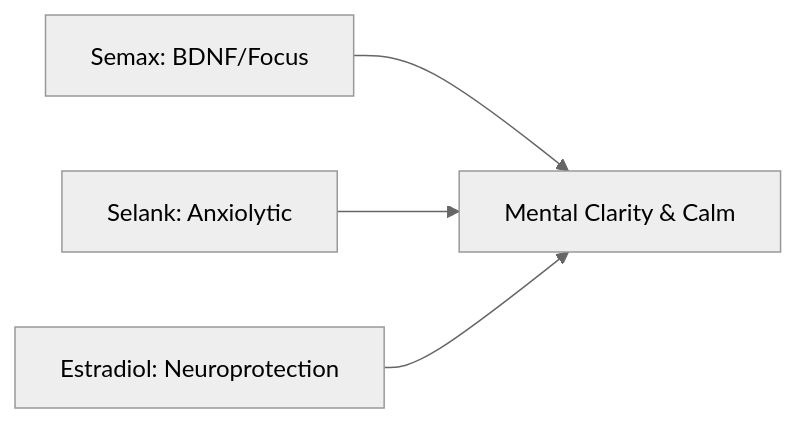
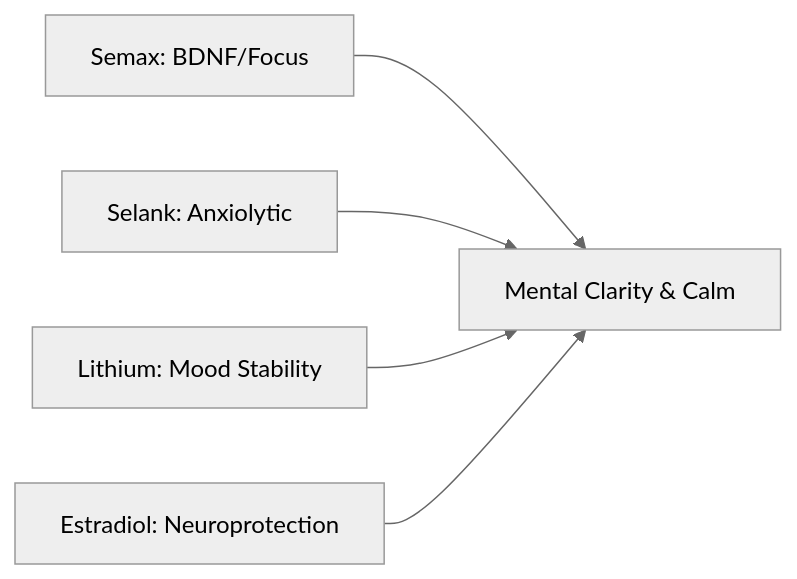
The third of 8 diagrams in protocols/athena-protocol.md (199-biotechnologies/199-peptides), drawn with Mermaid (neutral theme) before and after one commit. The commit also changed other lines of this file and 4 other files, not shown here.

````diff
--- a/protocols/athena-protocol.md
+++ b/protocols/athena-protocol.md
@@ -102,6 +104,7 @@
 ```mermaid
 flowchart LR
     SEM[Semax: BDNF/Focus] --> C[Mental Clarity & Calm]
     SEL[Selank: Anxiolytic] --> C
+    LI[Lithium: Mood Stability] --> C
     E2M[Estradiol: Neuroprotection] --> C
 ```
````
